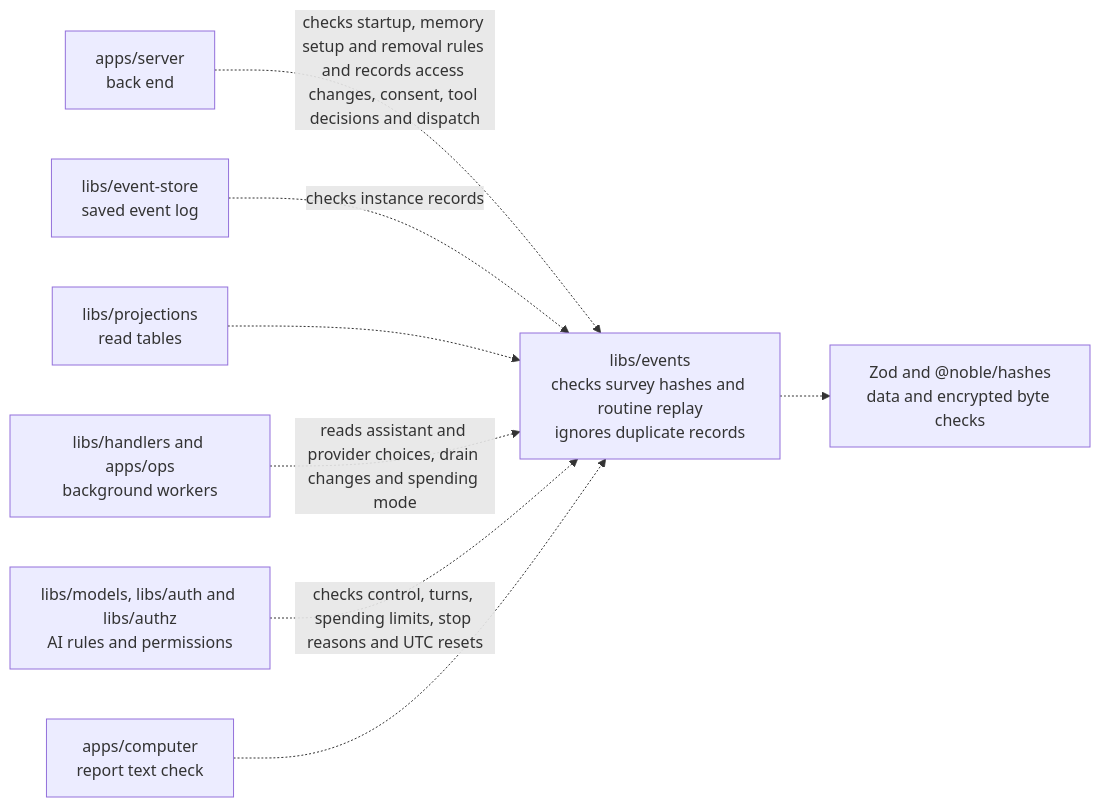
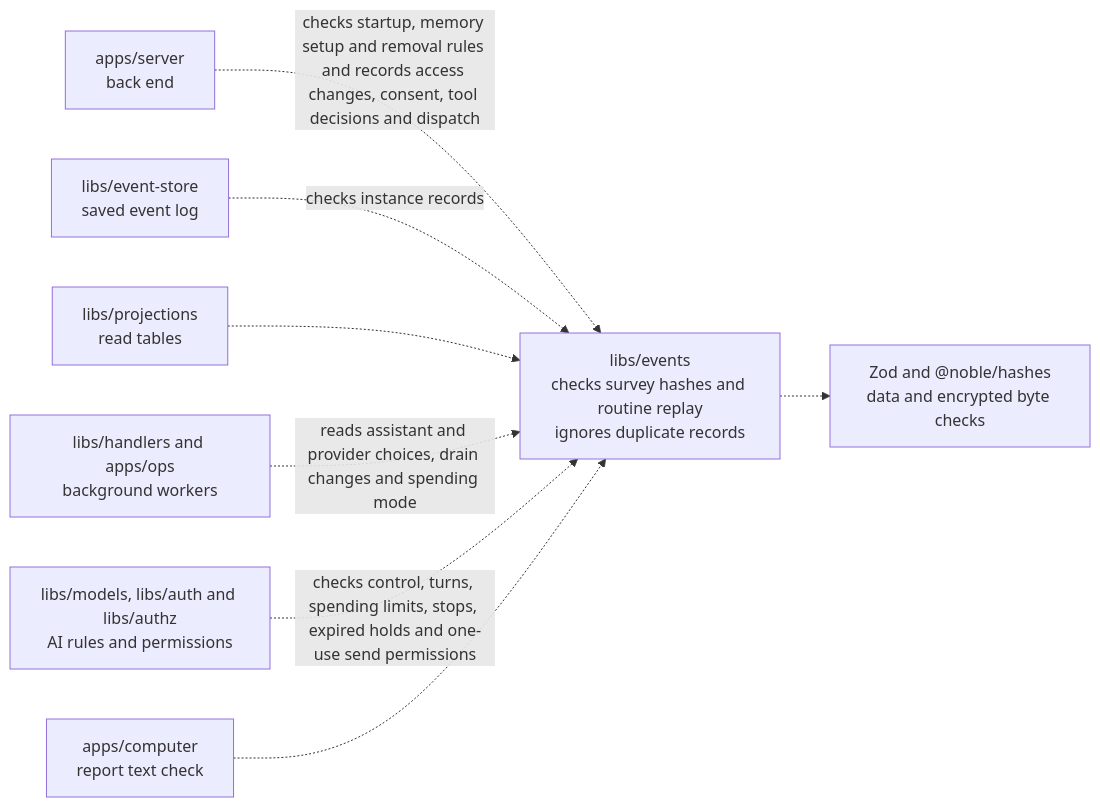
One commit to elewa-git/opencrane-new changed the diagram in libs/events/README.md. Above: the diagram before and after it, drawn with Mermaid. The commit also changed other lines of this file and 25 other files, not shown here.

First line of the commit message:
🧾 Every model and provider send passes one final budget check, and expired holds can never send (#349)

````diff
--- a/libs/events/README.md
+++ b/libs/events/README.md
@@ -24,10 +24,10 @@
 ```mermaid
 flowchart LR
   server["apps/server<br/>back end"] -.->|checks startup, memory setup and removal rules and records access changes, consent, tool decisions and dispatch| events["libs/events<br/>checks survey hashes and routine replay<br/>ignores duplicate records"]
   store["libs/event-store<br/>saved event log"] -.->|checks instance records| events
   projections["libs/projections<br/>read tables"] -.-> events
   workers["libs/handlers and apps/ops<br/>background workers"] -.->|reads assistant and provider choices, drain changes and spending mode| events
-  others["libs/models, libs/auth and libs/authz<br/>AI rules and permissions"] -.->|checks control, turns, spending limits, stop reasons and UTC resets| events
+  others["libs/models, libs/auth and libs/authz<br/>AI rules and permissions"] -.->|checks control, turns, spending limits, stops, expired holds and one-use send permissions| events
   computer["apps/computer<br/>report text check"] -.-> events
   events -.-> checks["Zod and @noble/hashes<br/>data and encrypted byte checks"]
 ```
````
